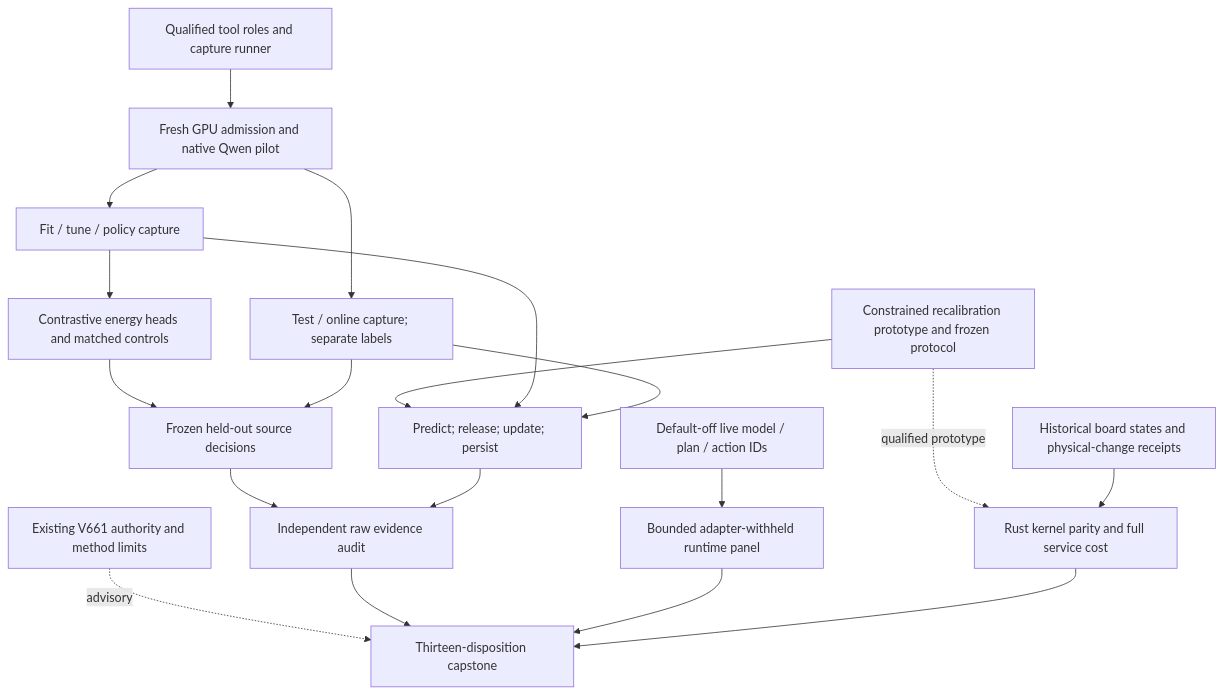
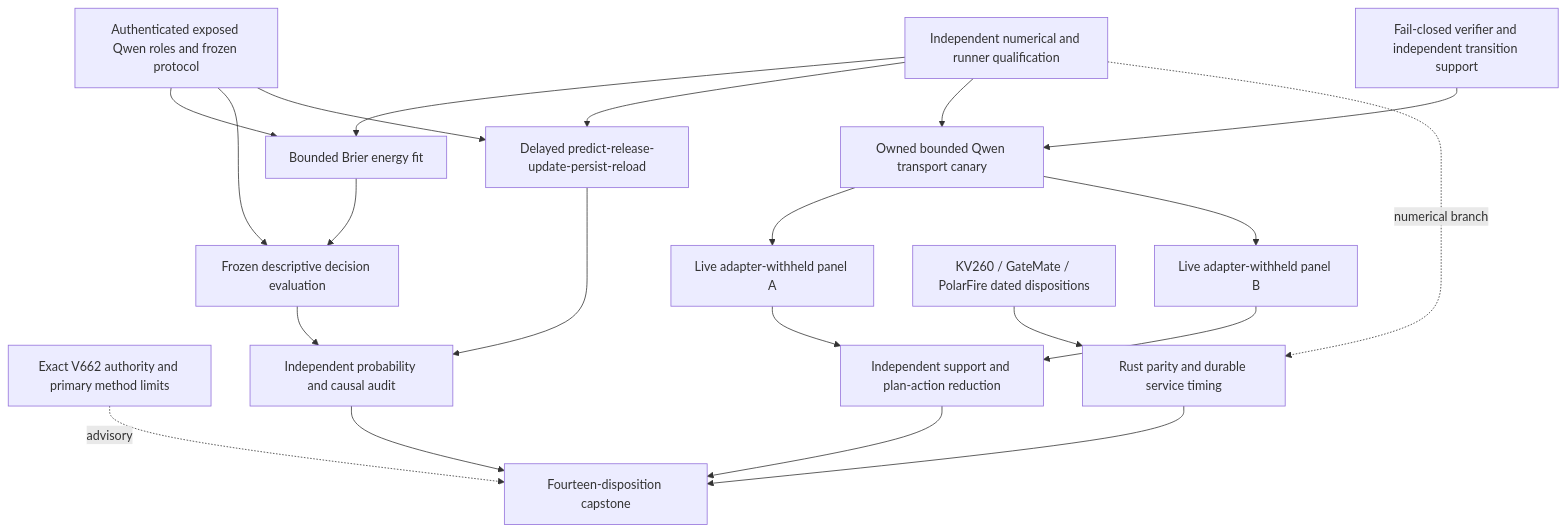
One commit to Carnot-EBM/carnot-ebm changed the diagram in openspec/change-proposals/research-roadmap-vNEXT.md. Above: the diagram before and after it, drawn with Mermaid. The commit also changed other lines of this file and 14 other files, not shown here.

````diff
--- a/openspec/change-proposals/research-roadmap-vNEXT.md
+++ b/openspec/change-proposals/research-roadmap-vNEXT.md
@@ -84,21 +81,23 @@
 ```mermaid
 flowchart TD
-    C[Existing V661 authority and method limits] -. advisory .-> Z[Thirteen-disposition capstone]
-    P[Qualified tool roles and capture runner] --> N[Fresh GPU admission and native Qwen pilot]
-    N --> F[Fit / tune / policy capture]
-    N --> T[Test / online capture; separate labels]
-    F --> E[Contrastive energy heads and matched controls]
-    E --> V[Frozen held-out source decisions]
-    T --> V
-    R[Constrained recalibration prototype and frozen protocol] --> L[Predict; release; update; persist]
-    F --> L
-    T --> L
-    V --> A[Independent raw evidence audit]
+    C[Exact V662 authority and primary method limits] -. advisory .-> Z[Fourteen-disposition capstone]
+    Q[Independent numerical and runner qualification] --> F[Bounded Brier energy fit]
+    D[Authenticated exposed Qwen roles and frozen protocol] --> F
+    F --> V[Frozen descriptive decision evaluation]
+    D --> V
+    Q --> L[Delayed predict-release-update-persist-reload]
+    D --> L
+    V --> A[Independent probability and causal audit]
     L --> A
-    J[Default-off live model / plan / action IDs] --> G[Bounded adapter-withheld runtime panel]
-    R -. qualified prototype .-> H[Rust kernel parity and full service cost]
-    B[Historical board states and physical-change receipts] --> H
+    S[Fail-closed verifier and independent transition support] --> N[Owned bounded Qwen transport canary]
+    Q --> N
+    N --> P[Live adapter-withheld panel A]
+    N --> R[Live adapter-withheld panel B]
+    P --> I[Independent support and plan-action reduction]
+    R --> I
+    Q -. numerical branch .-> H[Rust parity and durable service timing]
+    B[KV260 / GateMate / PolarFire dated dispositions] --> H
     A --> Z
-    G --> Z
+    I --> Z
     H --> Z
 ```
````
